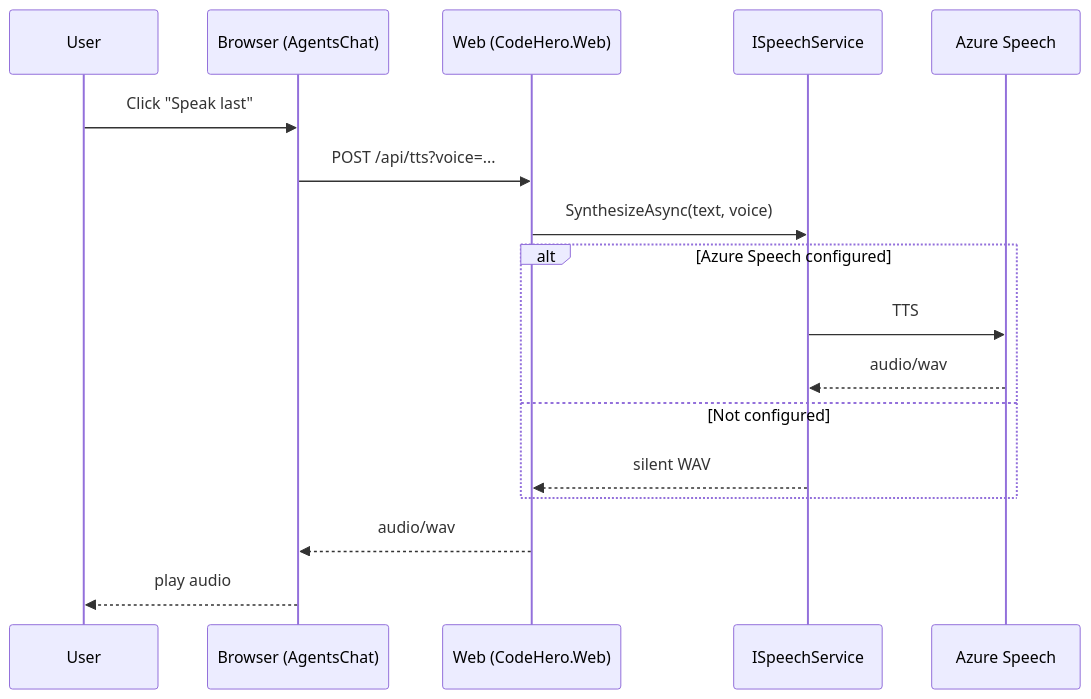
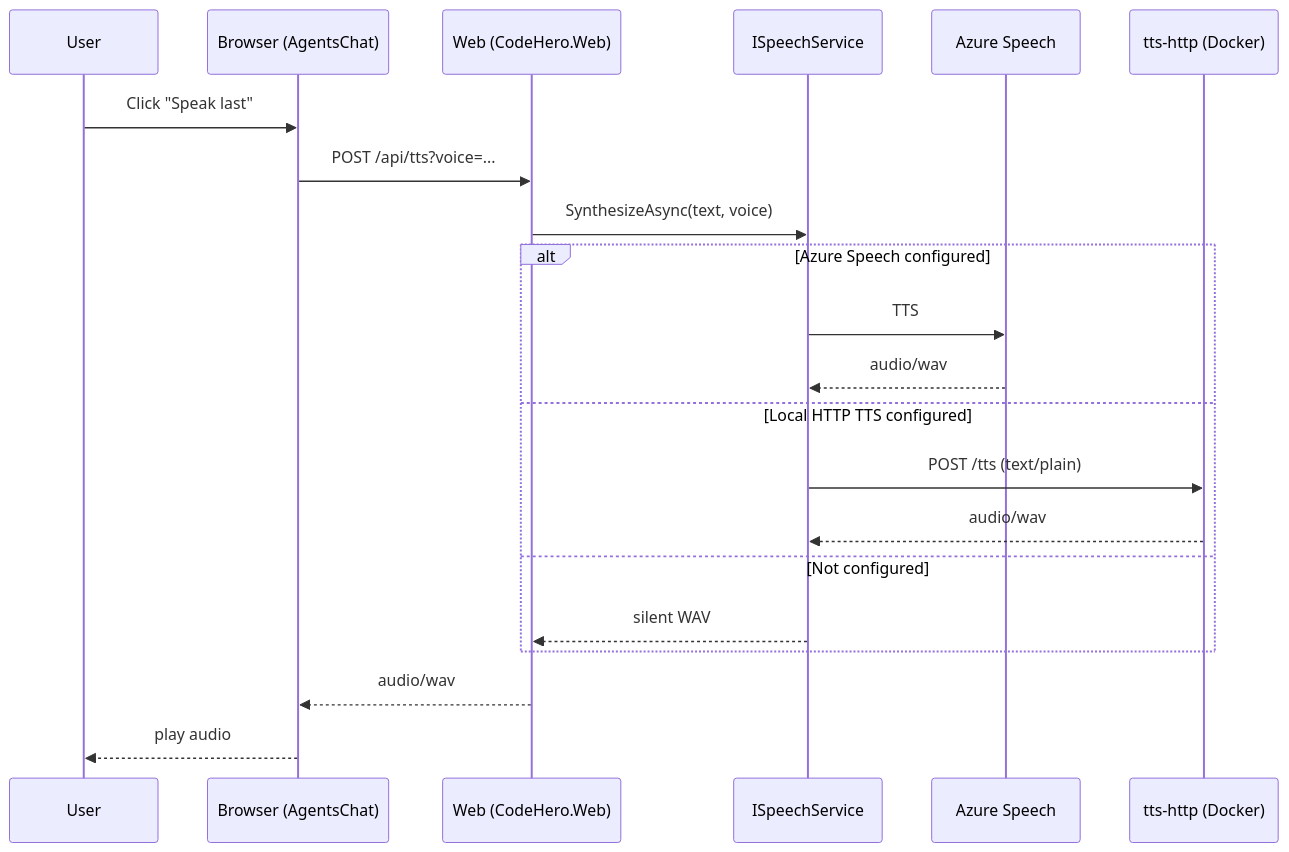
Before and after one commit to GrantMill/CodeHero: the diagram in docs/architecture/sequence-tts.mmd, drawn with Mermaid. The commit also changed 7 other files, not shown here.

Commit message:
updated architecture and plan

```diff
--- a/docs/architecture/sequence-tts.mmd
+++ b/docs/architecture/sequence-tts.mmd
@@ -1,18 +1,22 @@
 sequenceDiagram
   participant User
   participant Browser as Browser (AgentsChat)
   participant Web as Web (CodeHero.Web)
   participant Speech as ISpeechService
   participant AzureSpeech as Azure Speech
+  participant HttpTts as tts-http (Docker)
 
   User->>Browser: Click "Speak last"
   Browser->>Web: POST /api/tts?voice=...
   Web->>Speech: SynthesizeAsync(text, voice)
   alt Azure Speech configured
     Speech->>AzureSpeech: TTS
     AzureSpeech-->>Speech: audio/wav
+  else Local HTTP TTS configured
+    Speech->>HttpTts: POST /tts (text/plain)
+    HttpTts-->>Speech: audio/wav
   else Not configured
     Speech-->>Web: silent WAV
   end
   Web-->>Browser: audio/wav
   Browser-->>User: play audio
```
